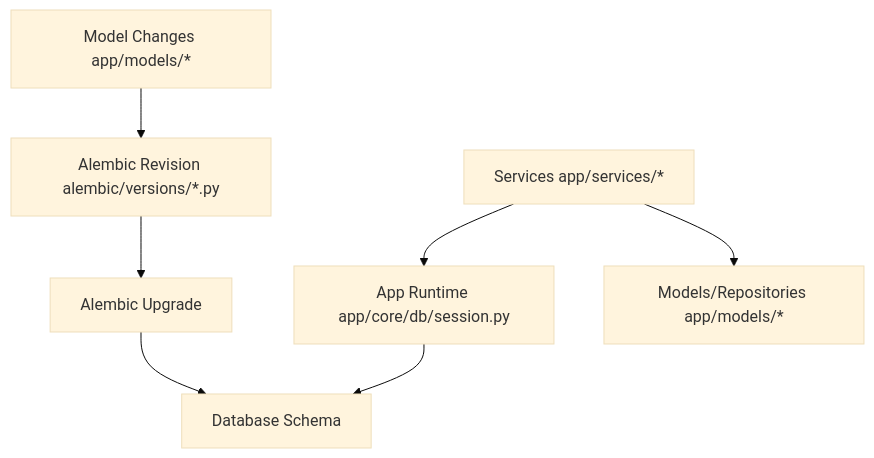
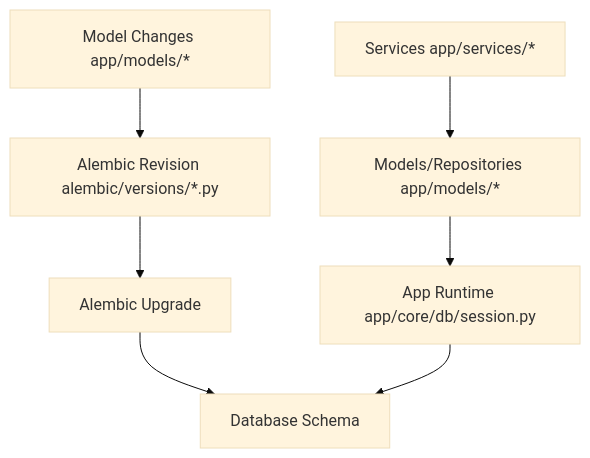
Before and after one commit to Blueprint4Agent/B4FastAPI: the first of 4 diagrams in notes/ko/backend/BACKEND.md, drawn with Mermaid (base theme). The commit also changed other lines of this file and 16 other files, not shown here.

````diff
--- a/notes/ko/backend/BACKEND.md
+++ b/notes/ko/backend/BACKEND.md
@@ -158,9 +158,9 @@
 ```mermaid
 flowchart TD
     A[Model Changes app/models/*] --> B[Alembic Revision alembic/versions/*.py]
     B --> C[Alembic Upgrade]
     C --> D[Database Schema]
     E[App Runtime app/core/db/session.py] --> D
-    F[Services app/services/*] --> E
-    F --> G[Models/Repositories app/models/*]
+    F[Services app/services/*] --> G[Models/Repositories app/models/*]
+    G --> E
 ```
````
